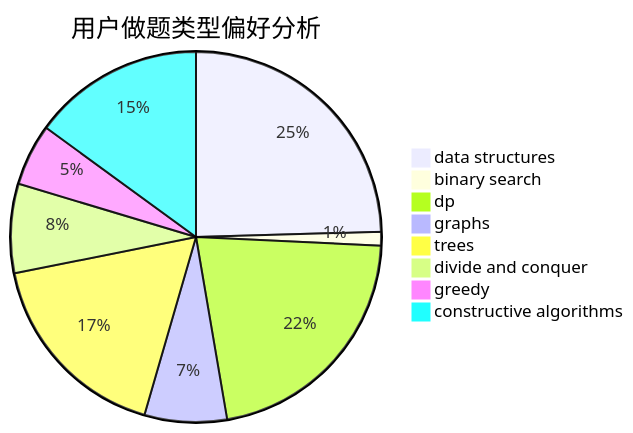
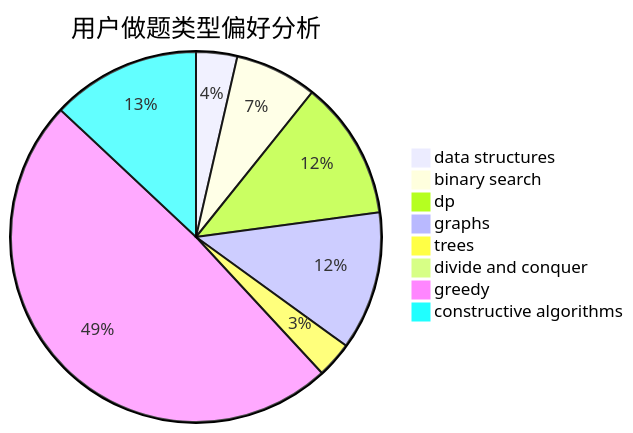
Before and after one commit to sherpahu/cfrs.github.io: the second of 3 diagrams in docs/user/u2595.md, drawn with Mermaid. The commit also changed other lines of this file and 2770 other files, not shown here.

````diff
--- a/docs/user/u2595.md
+++ b/docs/user/u2595.md
@@ -23,11 +23,11 @@
 ```mermaid
 pie title 用户做题类型偏好分析
-    "data structures" :  41
-    "binary search" :  2
-    "dp" :  36
-    "graphs" :  12
-    "trees" :  29
-    "divide and conquer" :  13
-    "greedy" :  9
-    "constructive algorithms" :  25
+    "data structures" :  8
+    "binary search" :  16
+    "dp" :  27
+    "graphs" :  27
+    "trees" :  7
+    "divide and conquer" :  1
+    "greedy" :  109
+    "constructive algorithms" :  29
 ```
````
